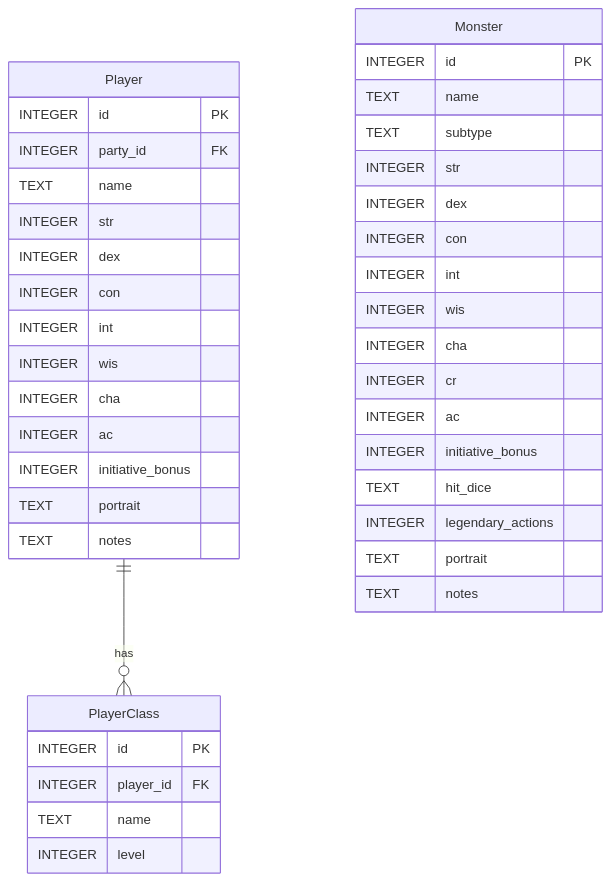
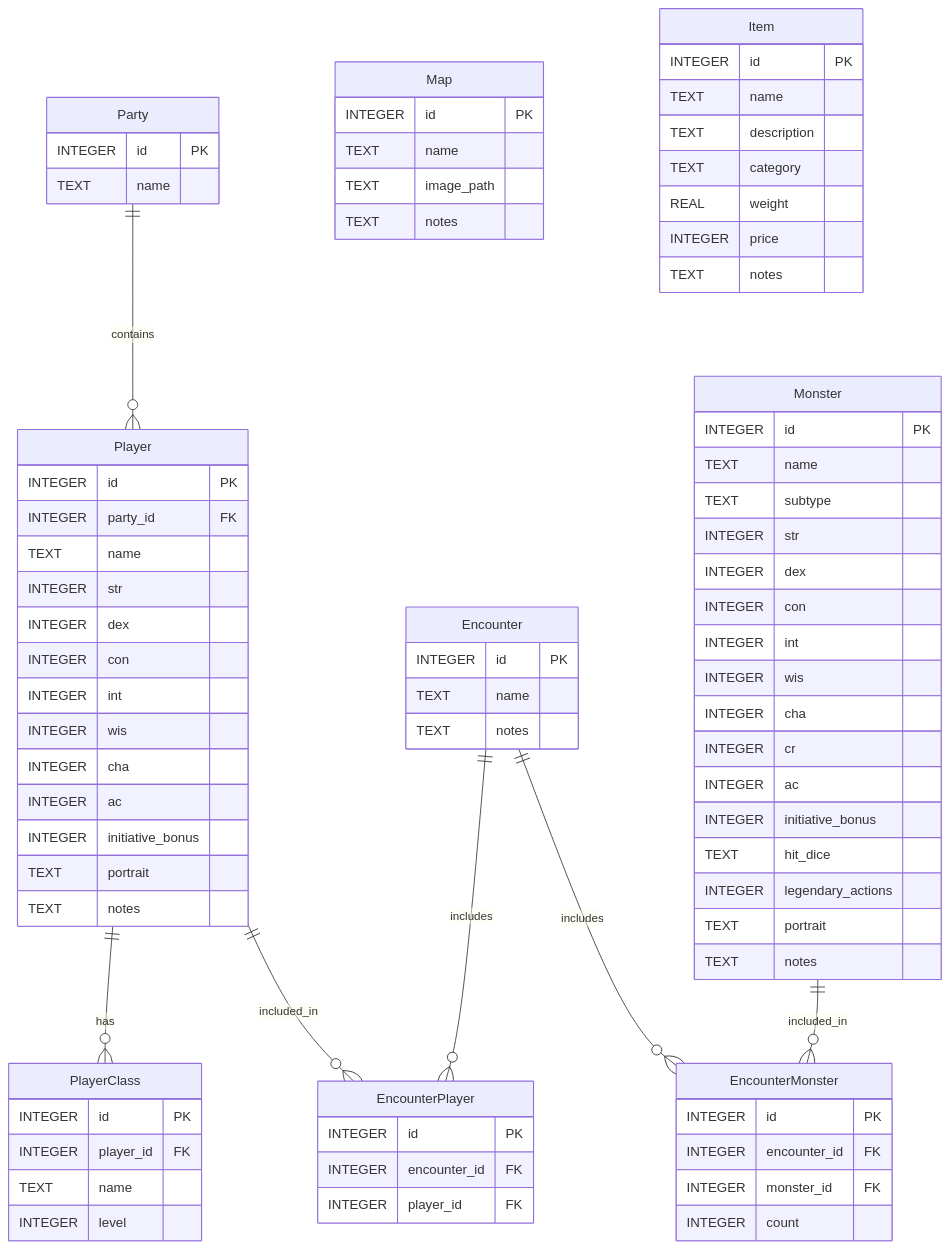
One commit to jonatron55/dminion changed the second of 2 diagrams in docs/project-brief.md. Above: the diagram before and after it, drawn with Mermaid. The commit also changed other lines of this file and 1 other file, not shown here.

````diff
--- a/docs/project-brief.md
+++ b/docs/project-brief.md
@@ -215,5 +273,10 @@
 ```mermaid
 erDiagram
+  Party {
+    INTEGER id PK
+    TEXT name
+  }
+
   Player {
     INTEGER id PK
     INTEGER party_id FK
@@ -237,6 +300,12 @@
     INTEGER level
   }
 
+  Encounter {
+    INTEGER id PK
+    TEXT name
+    TEXT notes
+  }
+
   Monster {
     INTEGER id PK
     TEXT name
@@ -256,5 +325,41 @@
     TEXT notes
   }
 
-  Player ||--o{ PlayerClass: has
+
+  EncounterMonster {
+    INTEGER id PK
+    INTEGER encounter_id FK
+    INTEGER monster_id FK
+    INTEGER count
+  }
+
+  EncounterPlayer {
+    INTEGER id PK
+    INTEGER encounter_id FK
+    INTEGER player_id FK
+  }
+
+  Map {
+    INTEGER id PK
+    TEXT name
+    TEXT image_path
+    TEXT notes
+  }
+
+  Item {
+    INTEGER id PK
+    TEXT name
+    TEXT description
+    TEXT category
+    REAL weight
+    INTEGER price
+    TEXT notes
+  }
+
+  Party ||--o{ Player : contains
+  Player ||--o{ PlayerClass : has
+  Player ||--o{ EncounterPlayer : included_in
+  Encounter ||--o{ EncounterMonster : includes
+  Monster ||--o{ EncounterMonster : included_in
+  Encounter ||--o{ EncounterPlayer : includes
 ```
````
